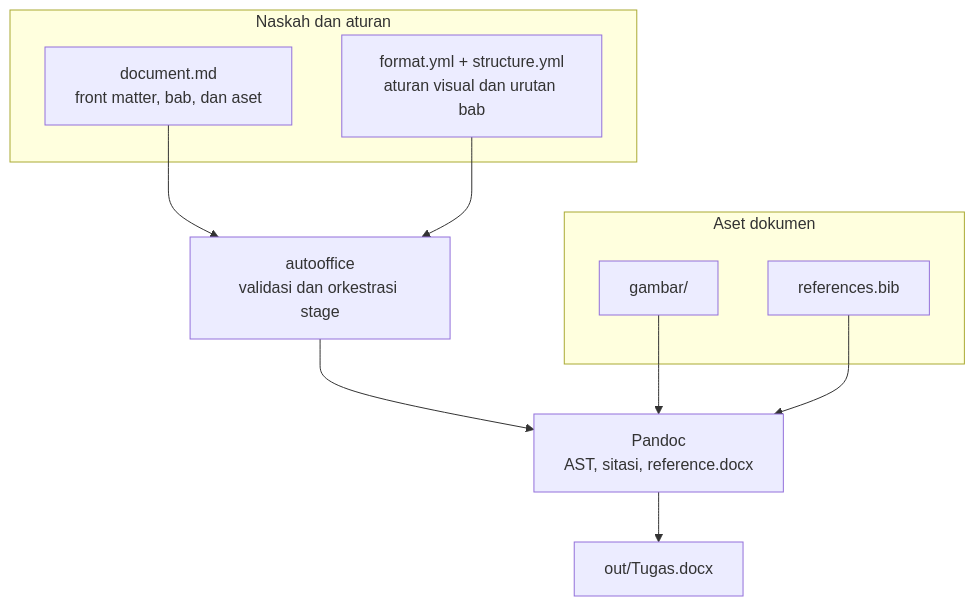
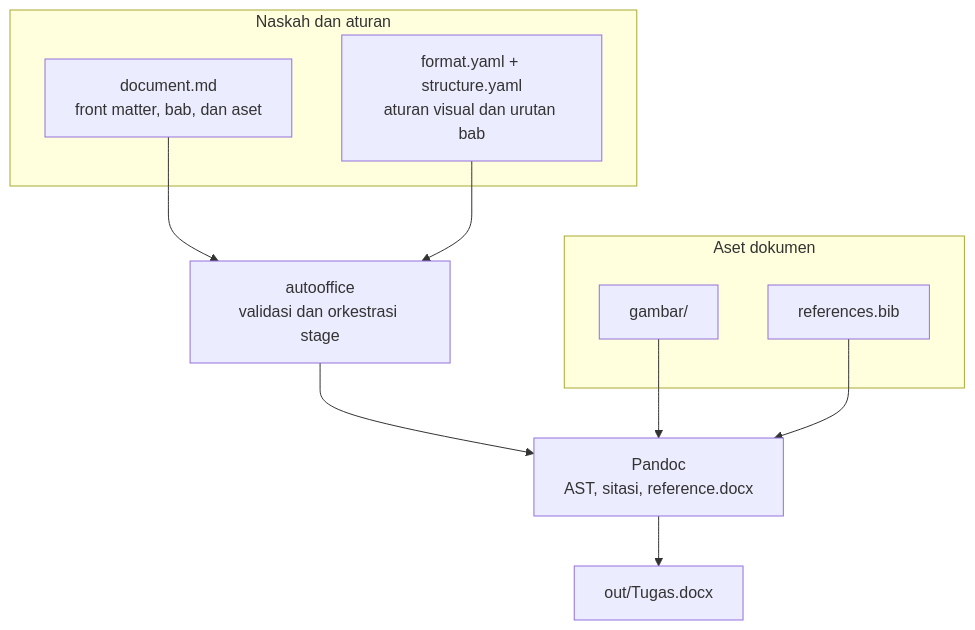
Before and after one commit to NioHast/autooffice: the second of 2 diagrams in examples/thesis-single/document.md, drawn with Mermaid. The commit also changed other lines of this file and 44 other files, not shown here.

````diff
--- a/examples/thesis-single/document.md
+++ b/examples/thesis-single/document.md
@@ -192,21 +192,21 @@
 ```{.mermaid caption="Arsitektur pipeline AutoOffice dari Markdown hingga DOCX"}
 flowchart TD
   subgraph SUMBER["Naskah dan aturan"]
     MD["document.md<br/>front matter, bab, dan aset"]
-    CFG["format.yml + structure.yml<br/>aturan visual dan urutan bab"]
+    CFG["format.yaml + structure.yaml<br/>aturan visual dan urutan bab"]
   end
   subgraph ASET["Aset dokumen"]
     IMG["gambar/"]
     BIB["references.bib"]
   end
   DG["autooffice<br/>validasi dan orkestrasi stage"]
   PD["Pandoc<br/>AST, sitasi, reference.docx"]
   OUT["out/Tugas.docx"]
 
   MD --> DG
   CFG --> DG
   DG --> PD
   IMG --> PD
   BIB --> PD
   PD --> OUT
 ```
````
